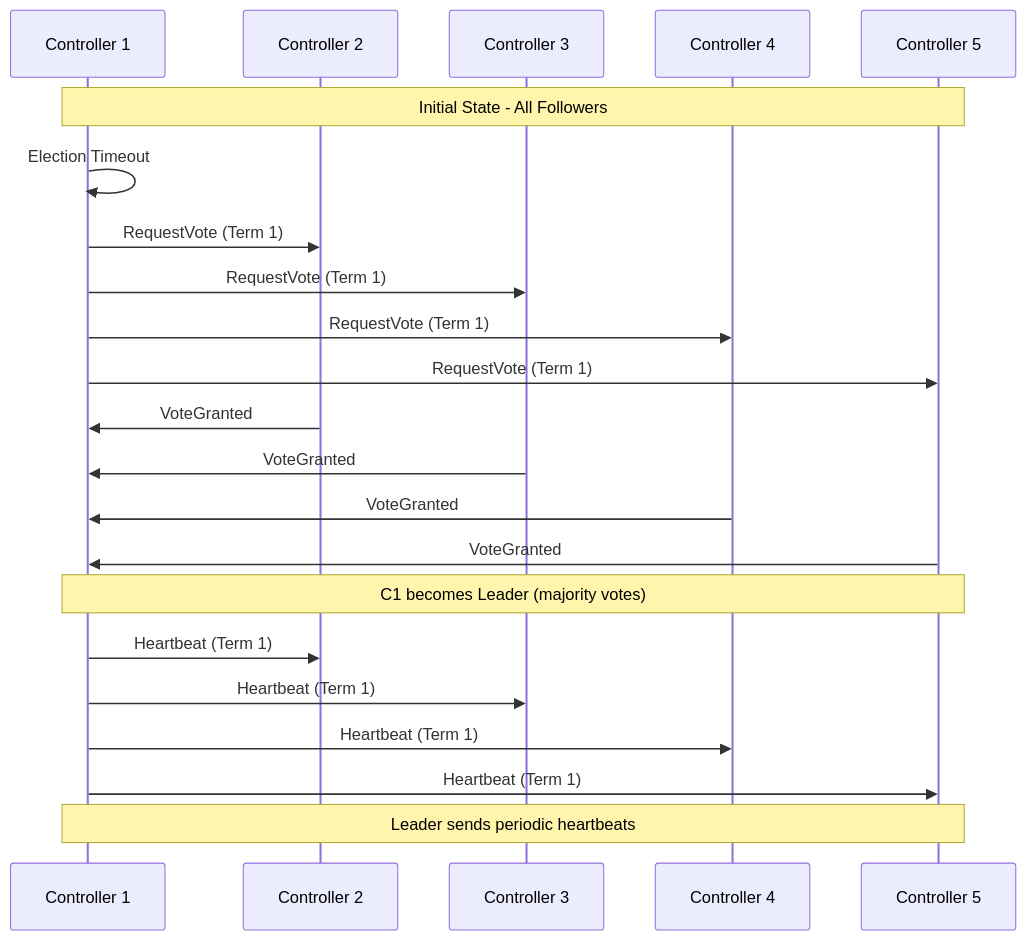
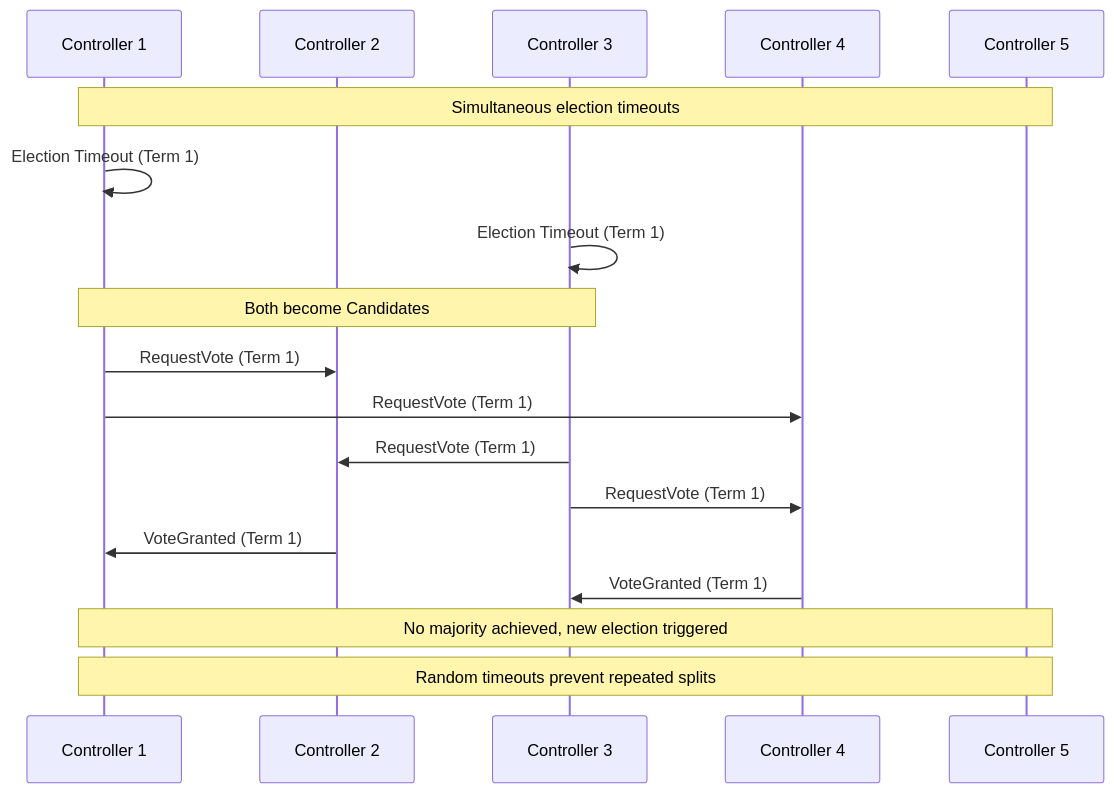
One commit to mraysmit/quorus changed the fifth of 15 diagrams in docs/quorus-comprehensive-system-design.md. Above: the diagram before and after it, drawn with Mermaid. The commit also changed other lines of this file and 14 other files, not shown here.

````diff
--- a/docs/quorus-comprehensive-system-design.md
+++ b/docs/quorus-comprehensive-system-design.md
@@ -200,28 +293,24 @@
 ```mermaid
 sequenceDiagram
     participant C1 as Controller 1
     participant C2 as Controller 2
     participant C3 as Controller 3
     participant C4 as Controller 4
     participant C5 as Controller 5
 
-    Note over C1,C5: Initial State - All Followers
-    C1->>C1: Election Timeout
+    Note over C1,C5: Simultaneous election timeouts
+    C1->>C1: Election Timeout (Term 1)
+    C3->>C3: Election Timeout (Term 1)
+
+    Note over C1,C3: Both become Candidates
     C1->>C2: RequestVote (Term 1)
-    C1->>C3: RequestVote (Term 1)
     C1->>C4: RequestVote (Term 1)
-    C1->>C5: RequestVote (Term 1)
+    C3->>C2: RequestVote (Term 1)
+    C3->>C4: RequestVote (Term 1)
 
-    C2->>C1: VoteGranted
-    C3->>C1: VoteGranted
-    C4->>C1: VoteGranted
-    C5->>C1: VoteGranted
+    C2->>C1: VoteGranted (Term 1)
+    C4->>C3: VoteGranted (Term 1)
 
-    Note over C1,C5: C1 becomes Leader (majority votes)
-    C1->>C2: Heartbeat (Term 1)
-    C1->>C3: Heartbeat (Term 1)
-    C1->>C4: Heartbeat (Term 1)
-    C1->>C5: Heartbeat (Term 1)
-
-    Note over C1,C5: Leader sends periodic heartbeats
+    Note over C1,C5: No majority achieved, new election triggered
+    Note over C1,C5: Random timeouts prevent repeated splits
 ```
````
